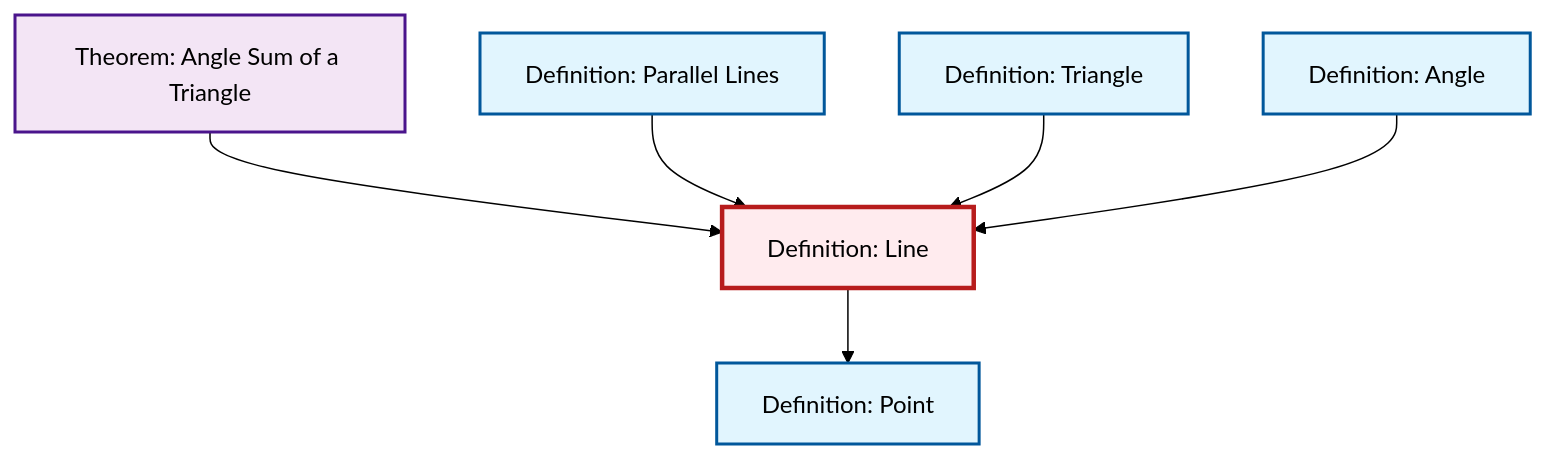
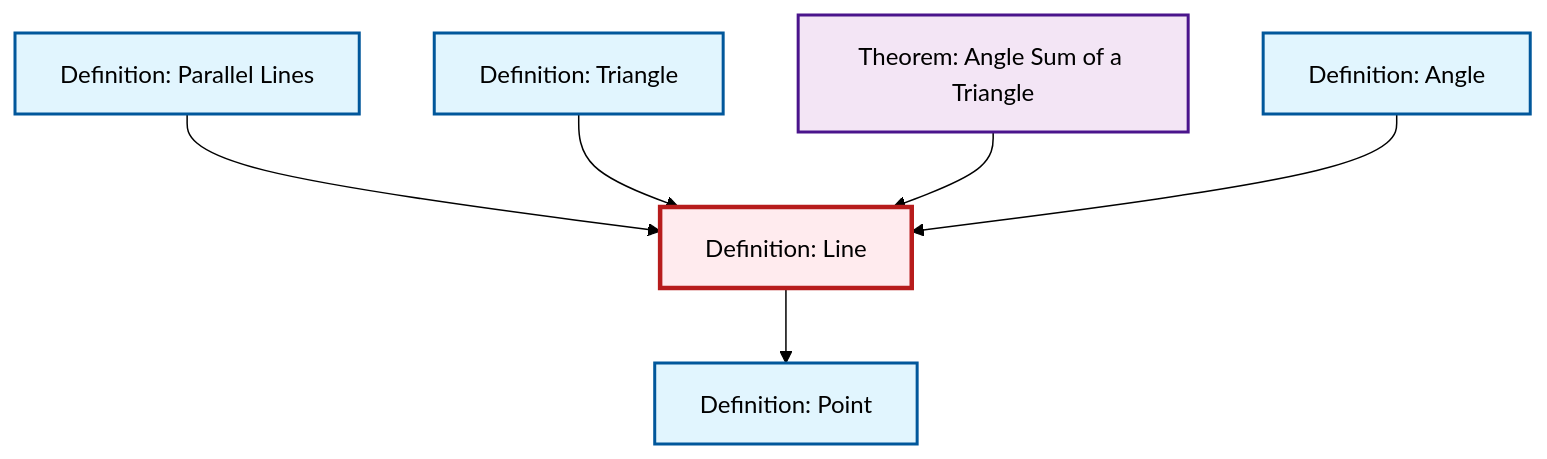
Before and after one commit to RK0429/ModernMath: the diagram in content/en/geometry/def-line.qmd, drawn with Mermaid (forest theme). The commit also changed other lines of this file and 554 other files, not shown here.

````diff
--- a/content/en/geometry/def-line.qmd
+++ b/content/en/geometry/def-line.qmd
@@ -45,26 +45,26 @@
 ```{mermaid}
 %%| fig-cap: "Local dependency graph"
 graph TD
     classDef definition fill:#e1f5fe,stroke:#01579b,stroke-width:2px
     classDef theorem fill:#f3e5f5,stroke:#4a148c,stroke-width:2px
     classDef axiom fill:#fff3e0,stroke:#e65100,stroke-width:2px
     classDef example fill:#e8f5e9,stroke:#1b5e20,stroke-width:2px
     classDef current fill:#ffebee,stroke:#b71c1c,stroke-width:3px
     def-line["Definition: Line"]:::definition
-    def-angle["Definition: Angle"]:::definition
+    def-triangle["Definition: Triangle"]:::definition
+    def-point["Definition: Point"]:::definition
     def-parallel["Definition: Parallel Lines"]:::definition
     thm-angle-sum-triangle["Theorem: Angle Sum of a Triangle"]:::theorem
-    def-point["Definition: Point"]:::definition
-    def-triangle["Definition: Triangle"]:::definition
-    thm-angle-sum-triangle --> def-line
+    def-angle["Definition: Angle"]:::definition
+    def-line --> def-point
     def-parallel --> def-line
     def-triangle --> def-line
-    def-line --> def-point
+    thm-angle-sum-triangle --> def-line
     def-angle --> def-line
     class def-line current
-    click def-angle "def-angle.html" "Go to Angle definition"
+    click def-triangle "def-triangle.html" "Go to Triangle definition"
+    click def-point "def-point.html" "Go to Point definition"
     click def-parallel "def-parallel.html" "Go to Parallel Lines definition"
     click thm-angle-sum-triangle "thm-angle-sum-triangle.html" "Go to Angle Sum of a Triangle theorem"
-    click def-point "def-point.html" "Go to Point definition"
-    click def-triangle "def-triangle.html" "Go to Triangle definition"
+    click def-angle "def-angle.html" "Go to Angle definition"
 ```
````
